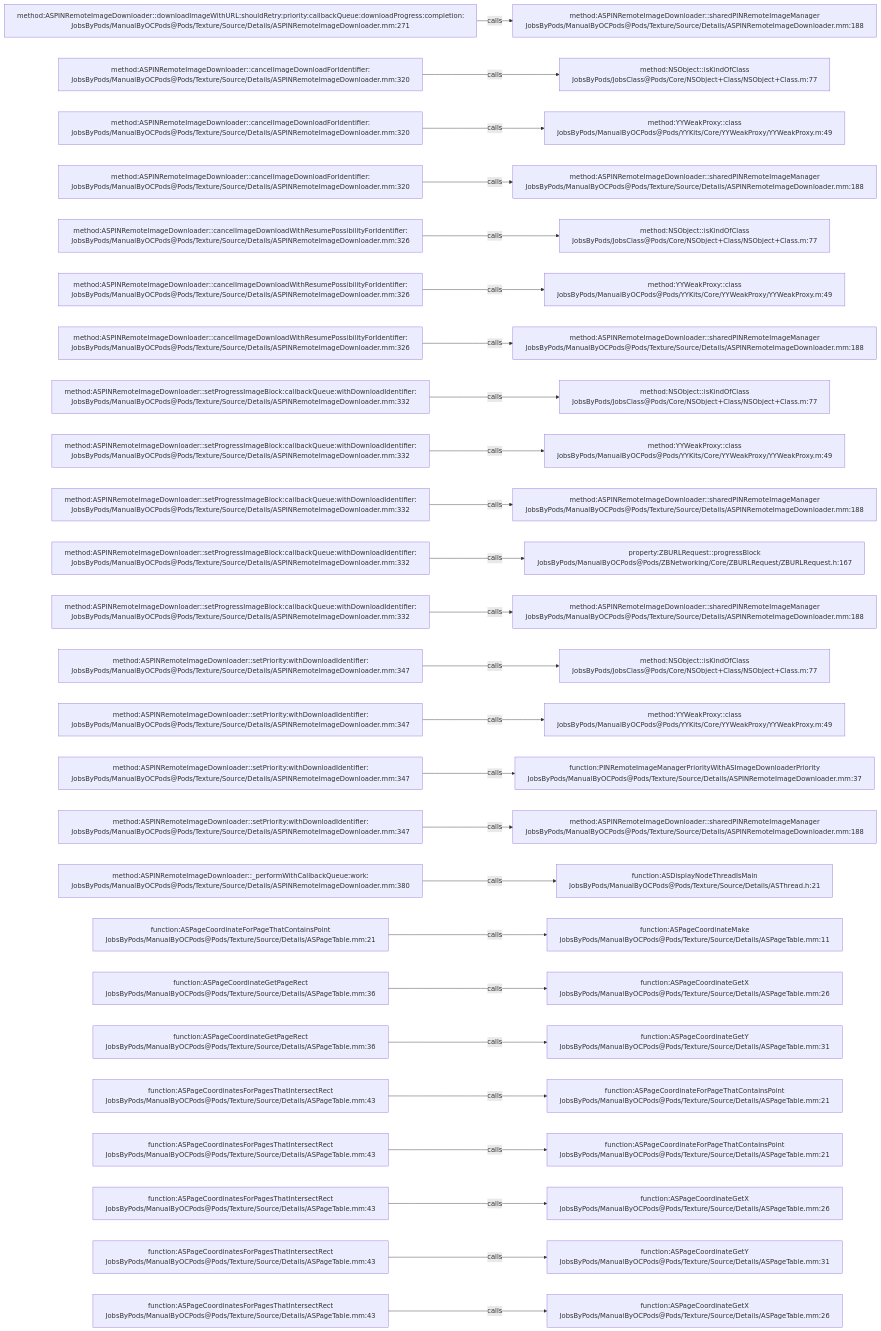
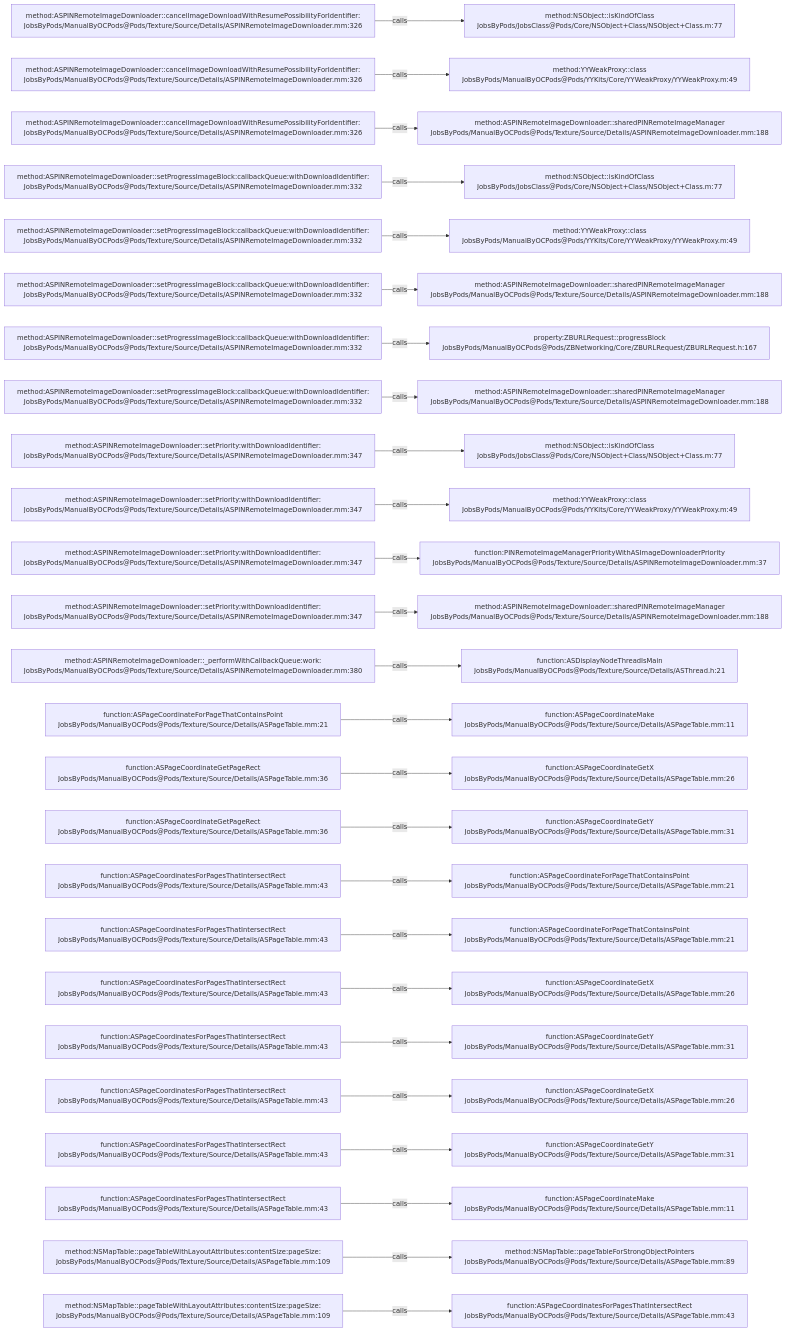
Before and after one commit to JobsKits/JobsOCBaseConfigDemo: the diagram in .codegraph/codegraph.md/graphs/calls-160.md, drawn with Mermaid. The commit also changed 727 other files, not shown here.

````diff
--- a/.codegraph/codegraph.md/graphs/calls-160.md
+++ b/.codegraph/codegraph.md/graphs/calls-160.md
@@ -13,78 +13,78 @@
 ```mermaid
 flowchart LR
-  S1["method:ASPINRemoteImageDownloader::downloadImageWithURL:shouldRetry:priority:callbackQueue:downloadProgress:completion:<br/>JobsByPods/ManualByOCPods@Pods/Texture/Source/Details/ASPINRemoteImageDownloader.mm:271"]
-  T1["method:ASPINRemoteImageDownloader::sharedPINRemoteImageManager<br/>JobsByPods/ManualByOCPods@Pods/Texture/Source/Details/ASPINRemoteImageDownloader.mm:188"]
+  S1["method:ASPINRemoteImageDownloader::cancelImageDownloadWithResumePossibilityForIdentifier:<br/>JobsByPods/ManualByOCPods@Pods/Texture/Source/Details/ASPINRemoteImageDownloader.mm:326"]
+  T1["method:NSObject::isKindOfClass<br/>JobsByPods/JobsClass@Pods/Core/NSObject+Class/NSObject+Class.m:77"]
   S1 -->|calls| T1
-  S2["method:ASPINRemoteImageDownloader::cancelImageDownloadForIdentifier:<br/>JobsByPods/ManualByOCPods@Pods/Texture/Source/Details/ASPINRemoteImageDownloader.mm:320"]
-  T2["method:NSObject::isKindOfClass<br/>JobsByPods/JobsClass@Pods/Core/NSObject+Class/NSObject+Class.m:77"]
+  S2["method:ASPINRemoteImageDownloader::cancelImageDownloadWithResumePossibilityForIdentifier:<br/>JobsByPods/ManualByOCPods@Pods/Texture/Source/Details/ASPINRemoteImageDownloader.mm:326"]
+  T2["method:YYWeakProxy::class<br/>JobsByPods/ManualByOCPods@Pods/YYKits/Core/YYWeakProxy/YYWeakProxy.m:49"]
   S2 -->|calls| T2
-  S3["method:ASPINRemoteImageDownloader::cancelImageDownloadForIdentifier:<br/>JobsByPods/ManualByOCPods@Pods/Texture/Source/Details/ASPINRemoteImageDownloader.mm:320"]
-  T3["method:YYWeakProxy::class<br/>JobsByPods/ManualByOCPods@Pods/YYKits/Core/YYWeakProxy/YYWeakProxy.m:49"]
+  S3["method:ASPINRemoteImageDownloader::cancelImageDownloadWithResumePossibilityForIdentifier:<br/>JobsByPods/ManualByOCPods@Pods/Texture/Source/Details/ASPINRemoteImageDownloader.mm:326"]
+  T3["method:ASPINRemoteImageDownloader::sharedPINRemoteImageManager<br/>JobsByPods/ManualByOCPods@Pods/Texture/Source/Details/ASPINRemoteImageDownloader.mm:188"]
   S3 -->|calls| T3
-  S4["method:ASPINRemoteImageDownloader::cancelImageDownloadForIdentifier:<br/>JobsByPods/ManualByOCPods@Pods/Texture/Source/Details/ASPINRemoteImageDownloader.mm:320"]
-  T4["method:ASPINRemoteImageDownloader::sharedPINRemoteImageManager<br/>JobsByPods/ManualByOCPods@Pods/Texture/Source/Details/ASPINRemoteImageDownloader.mm:188"]
+  S4["method:ASPINRemoteImageDownloader::setProgressImageBlock:callbackQueue:withDownloadIdentifier:<br/>JobsByPods/ManualByOCPods@Pods/Texture/Source/Details/ASPINRemoteImageDownloader.mm:332"]
+  T4["method:NSObject::isKindOfClass<br/>JobsByPods/JobsClass@Pods/Core/NSObject+Class/NSObject+Class.m:77"]
   S4 -->|calls| T4
-  S5["method:ASPINRemoteImageDownloader::cancelImageDownloadWithResumePossibilityForIdentifier:<br/>JobsByPods/ManualByOCPods@Pods/Texture/Source/Details/ASPINRemoteImageDownloader.mm:326"]
-  T5["method:NSObject::isKindOfClass<br/>JobsByPods/JobsClass@Pods/Core/NSObject+Class/NSObject+Class.m:77"]
+  S5["method:ASPINRemoteImageDownloader::setProgressImageBlock:callbackQueue:withDownloadIdentifier:<br/>JobsByPods/ManualByOCPods@Pods/Texture/Source/Details/ASPINRemoteImageDownloader.mm:332"]
+  T5["method:YYWeakProxy::class<br/>JobsByPods/ManualByOCPods@Pods/YYKits/Core/YYWeakProxy/YYWeakProxy.m:49"]
   S5 -->|calls| T5
-  S6["method:ASPINRemoteImageDownloader::cancelImageDownloadWithResumePossibilityForIdentifier:<br/>JobsByPods/ManualByOCPods@Pods/Texture/Source/Details/ASPINRemoteImageDownloader.mm:326"]
-  T6["method:YYWeakProxy::class<br/>JobsByPods/ManualByOCPods@Pods/YYKits/Core/YYWeakProxy/YYWeakProxy.m:49"]
+  S6["method:ASPINRemoteImageDownloader::setProgressImageBlock:callbackQueue:withDownloadIdentifier:<br/>JobsByPods/ManualByOCPods@Pods/Texture/Source/Details/ASPINRemoteImageDownloader.mm:332"]
+  T6["method:ASPINRemoteImageDownloader::sharedPINRemoteImageManager<br/>JobsByPods/ManualByOCPods@Pods/Texture/Source/Details/ASPINRemoteImageDownloader.mm:188"]
   S6 -->|calls| T6
-  S7["method:ASPINRemoteImageDownloader::cancelImageDownloadWithResumePossibilityForIdentifier:<br/>JobsByPods/ManualByOCPods@Pods/Texture/Source/Details/ASPINRemoteImageDownloader.mm:326"]
-  T7["method:ASPINRemoteImageDownloader::sharedPINRemoteImageManager<br/>JobsByPods/ManualByOCPods@Pods/Texture/Source/Details/ASPINRemoteImageDownloader.mm:188"]
+  S7["method:ASPINRemoteImageDownloader::setProgressImageBlock:callbackQueue:withDownloadIdentifier:<br/>JobsByPods/ManualByOCPods@Pods/Texture/Source/Details/ASPINRemoteImageDownloader.mm:332"]
+  T7["property:ZBURLRequest::progressBlock<br/>JobsByPods/ManualByOCPods@Pods/ZBNetworking/Core/ZBURLRequest/ZBURLRequest.h:167"]
   S7 -->|calls| T7
   S8["method:ASPINRemoteImageDownloader::setProgressImageBlock:callbackQueue:withDownloadIdentifier:<br/>JobsByPods/ManualByOCPods@Pods/Texture/Source/Details/ASPINRemoteImageDownloader.mm:332"]
-  T8["method:NSObject::isKindOfClass<br/>JobsByPods/JobsClass@Pods/Core/NSObject+Class/NSObject+Class.m:77"]
+  T8["method:ASPINRemoteImageDownloader::sharedPINRemoteImageManager<br/>JobsByPods/ManualByOCPods@Pods/Texture/Source/Details/ASPINRemoteImageDownloader.mm:188"]
   S8 -->|calls| T8
-  S9["method:ASPINRemoteImageDownloader::setProgressImageBlock:callbackQueue:withDownloadIdentifier:<br/>JobsByPods/ManualByOCPods@Pods/Texture/Source/Details/ASPINRemoteImageDownloader.mm:332"]
-  T9["method:YYWeakProxy::class<br/>JobsByPods/ManualByOCPods@Pods/YYKits/Core/YYWeakProxy/YYWeakProxy.m:49"]
+  S9["method:ASPINRemoteImageDownloader::setPriority:withDownloadIdentifier:<br/>JobsByPods/ManualByOCPods@Pods/Texture/Source/Details/ASPINRemoteImageDownloader.mm:347"]
+  T9["method:NSObject::isKindOfClass<br/>JobsByPods/JobsClass@Pods/Core/NSObject+Class/NSObject+Class.m:77"]
   S9 -->|calls| T9
-  S10["method:ASPINRemoteImageDownloader::setProgressImageBlock:callbackQueue:withDownloadIdentifier:<br/>JobsByPods/ManualByOCPods@Pods/Texture/Source/Details/ASPINRemoteImageDownloader.mm:332"]
-  T10["method:ASPINRemoteImageDownloader::sharedPINRemoteImageManager<br/>JobsByPods/ManualByOCPods@Pods/Texture/Source/Details/ASPINRemoteImageDownloader.mm:188"]
+  S10["method:ASPINRemoteImageDownloader::setPriority:withDownloadIdentifier:<br/>JobsByPods/ManualByOCPods@Pods/Texture/Source/Details/ASPINRemoteImageDownloader.mm:347"]
+  T10["method:YYWeakProxy::class<br/>JobsByPods/ManualByOCPods@Pods/YYKits/Core/YYWeakProxy/YYWeakProxy.m:49"]
   S10 -->|calls| T10
-  S11["method:ASPINRemoteImageDownloader::setProgressImageBlock:callbackQueue:withDownloadIdentifier:<br/>JobsByPods/ManualByOCPods@Pods/Texture/Source/Details/ASPINRemoteImageDownloader.mm:332"]
-  T11["property:ZBURLRequest::progressBlock<br/>JobsByPods/ManualByOCPods@Pods/ZBNetworking/Core/ZBURLRequest/ZBURLRequest.h:167"]
+  S11["method:ASPINRemoteImageDownloader::setPriority:withDownloadIdentifier:<br/>JobsByPods/ManualByOCPods@Pods/Texture/Source/Details/ASPINRemoteImageDownloader.mm:347"]
+  T11["function:PINRemoteImageManagerPriorityWithASImageDownloaderPriority<br/>JobsByPods/ManualByOCPods@Pods/Texture/Source/Details/ASPINRemoteImageDownloader.mm:37"]
   S11 -->|calls| T11
-  S12["method:ASPINRemoteImageDownloader::setProgressImageBlock:callbackQueue:withDownloadIdentifier:<br/>JobsByPods/ManualByOCPods@Pods/Texture/Source/Details/ASPINRemoteImageDownloader.mm:332"]
+  S12["method:ASPINRemoteImageDownloader::setPriority:withDownloadIdentifier:<br/>JobsByPods/ManualByOCPods@Pods/Texture/Source/Details/ASPINRemoteImageDownloader.mm:347"]
   T12["method:ASPINRemoteImageDownloader::sharedPINRemoteImageManager<br/>JobsByPods/ManualByOCPods@Pods/Texture/Source/Details/ASPINRemoteImageDownloader.mm:188"]
   S12 -->|calls| T12
-  S13["method:ASPINRemoteImageDownloader::setPriority:withDownloadIdentifier:<br/>JobsByPods/ManualByOCPods@Pods/Texture/Source/Details/ASPINRemoteImageDownloader.mm:347"]
-  T13["method:NSObject::isKindOfClass<br/>JobsByPods/JobsClass@Pods/Core/NSObject+Class/NSObject+Class.m:77"]
+  S13["method:ASPINRemoteImageDownloader::_performWithCallbackQueue:work:<br/>JobsByPods/ManualByOCPods@Pods/Texture/Source/Details/ASPINRemoteImageDownloader.mm:380"]
+  T13["function:ASDisplayNodeThreadIsMain<br/>JobsByPods/ManualByOCPods@Pods/Texture/Source/Details/ASThread.h:21"]
   S13 -->|calls| T13
-  S14["method:ASPINRemoteImageDownloader::setPriority:withDownloadIdentifier:<br/>JobsByPods/ManualByOCPods@Pods/Texture/Source/Details/ASPINRemoteImageDownloader.mm:347"]
-  T14["method:YYWeakProxy::class<br/>JobsByPods/ManualByOCPods@Pods/YYKits/Core/YYWeakProxy/YYWeakProxy.m:49"]
+  S14["function:ASPageCoordinateForPageThatContainsPoint<br/>JobsByPods/ManualByOCPods@Pods/Texture/Source/Details/ASPageTable.mm:21"]
+  T14["function:ASPageCoordinateMake<br/>JobsByPods/ManualByOCPods@Pods/Texture/Source/Details/ASPageTable.mm:11"]
   S14 -->|calls| T14
-  S15["method:ASPINRemoteImageDownloader::setPriority:withDownloadIdentifier:<br/>JobsByPods/ManualByOCPods@Pods/Texture/Source/Details/ASPINRemoteImageDownloader.mm:347"]
-  T15["function:PINRemoteImageManagerPriorityWithASImageDownloaderPriority<br/>JobsByPods/ManualByOCPods@Pods/Texture/Source/Details/ASPINRemoteImageDownloader.mm:37"]
+  S15["function:ASPageCoordinateGetPageRect<br/>JobsByPods/ManualByOCPods@Pods/Texture/Source/Details/ASPageTable.mm:36"]
+  T15["function:ASPageCoordinateGetX<br/>JobsByPods/ManualByOCPods@Pods/Texture/Source/Details/ASPageTable.mm:26"]
   S15 -->|calls| T15
-  S16["method:ASPINRemoteImageDownloader::setPriority:withDownloadIdentifier:<br/>JobsByPods/ManualByOCPods@Pods/Texture/Source/Details/ASPINRemoteImageDownloader.mm:347"]
-  T16["method:ASPINRemoteImageDownloader::sharedPINRemoteImageManager<br/>JobsByPods/ManualByOCPods@Pods/Texture/Source/Details/ASPINRemoteImageDownloader.mm:188"]
+  S16["function:ASPageCoordinateGetPageRect<br/>JobsByPods/ManualByOCPods@Pods/Texture/Source/Details/ASPageTable.mm:36"]
+  T16["function:ASPageCoordinateGetY<br/>JobsByPods/ManualByOCPods@Pods/Texture/Source/Details/ASPageTable.mm:31"]
   S16 -->|calls| T16
-  S17["method:ASPINRemoteImageDownloader::_performWithCallbackQueue:work:<br/>JobsByPods/ManualByOCPods@Pods/Texture/Source/Details/ASPINRemoteImageDownloader.mm:380"]
-  T17["function:ASDisplayNodeThreadIsMain<br/>JobsByPods/ManualByOCPods@Pods/Texture/Source/Details/ASThread.h:21"]
+  S17["function:ASPageCoordinatesForPagesThatIntersectRect<br/>JobsByPods/ManualByOCPods@Pods/Texture/Source/Details/ASPageTable.mm:43"]
+  T17["function:ASPageCoordinateForPageThatContainsPoint<br/>JobsByPods/ManualByOCPods@Pods/Texture/Source/Details/ASPageTable.mm:21"]
   S17 -->|calls| T17
-  S18["function:ASPageCoordinateForPageThatContainsPoint<br/>JobsByPods/ManualByOCPods@Pods/Texture/Source/Details/ASPageTable.mm:21"]
-  T18["function:ASPageCoordinateMake<br/>JobsByPods/ManualByOCPods@Pods/Texture/Source/Details/ASPageTable.mm:11"]
+  S18["function:ASPageCoordinatesForPagesThatIntersectRect<br/>JobsByPods/ManualByOCPods@Pods/Texture/Source/Details/ASPageTable.mm:43"]
+  T18["function:ASPageCoordinateForPageThatContainsPoint<br/>JobsByPods/ManualByOCPods@Pods/Texture/Source/Details/ASPageTable.mm:21"]
   S18 -->|calls| T18
-  S19["function:ASPageCoordinateGetPageRect<br/>JobsByPods/ManualByOCPods@Pods/Texture/Source/Details/ASPageTable.mm:36"]
+  S19["function:ASPageCoordinatesForPagesThatIntersectRect<br/>JobsByPods/ManualByOCPods@Pods/Texture/Source/Details/ASPageTable.mm:43"]
   T19["function:ASPageCoordinateGetX<br/>JobsByPods/ManualByOCPods@Pods/Texture/Source/Details/ASPageTable.mm:26"]
   S19 -->|calls| T19
-  S20["function:ASPageCoordinateGetPageRect<br/>JobsByPods/ManualByOCPods@Pods/Texture/Source/Details/ASPageTable.mm:36"]
+  S20["function:ASPageCoordinatesForPagesThatIntersectRect<br/>JobsByPods/ManualByOCPods@Pods/Texture/Source/Details/ASPageTable.mm:43"]
   T20["function:ASPageCoordinateGetY<br/>JobsByPods/ManualByOCPods@Pods/Texture/Source/Details/ASPageTable.mm:31"]
   S20 -->|calls| T20
   S21["function:ASPageCoordinatesForPagesThatIntersectRect<br/>JobsByPods/ManualByOCPods@Pods/Texture/Source/Details/ASPageTable.mm:43"]
-  T21["function:ASPageCoordinateForPageThatContainsPoint<br/>JobsByPods/ManualByOCPods@Pods/Texture/Source/Details/ASPageTable.mm:21"]
+  T21["function:ASPageCoordinateGetX<br/>JobsByPods/ManualByOCPods@Pods/Texture/Source/Details/ASPageTable.mm:26"]
   S21 -->|calls| T21
   S22["function:ASPageCoordinatesForPagesThatIntersectRect<br/>JobsByPods/ManualByOCPods@Pods/Texture/Source/Details/ASPageTable.mm:43"]
-  T22["function:ASPageCoordinateForPageThatContainsPoint<br/>JobsByPods/ManualByOCPods@Pods/Texture/Source/Details/ASPageTable.mm:21"]
+  T22["function:ASPageCoordinateGetY<br/>JobsByPods/ManualByOCPods@Pods/Texture/Source/Details/ASPageTable.mm:31"]
   S22 -->|calls| T22
   S23["function:ASPageCoordinatesForPagesThatIntersectRect<br/>JobsByPods/ManualByOCPods@Pods/Texture/Source/Details/ASPageTable.mm:43"]
-  T23["function:ASPageCoordinateGetX<br/>JobsByPods/ManualByOCPods@Pods/Texture/Source/Details/ASPageTable.mm:26"]
+  T23["function:ASPageCoordinateMake<br/>JobsByPods/ManualByOCPods@Pods/Texture/Source/Details/ASPageTable.mm:11"]
   S23 -->|calls| T23
-  S24["function:ASPageCoordinatesForPagesThatIntersectRect<br/>JobsByPods/ManualByOCPods@Pods/Texture/Source/Details/ASPageTable.mm:43"]
-  T24["function:ASPageCoordinateGetY<br/>JobsByPods/ManualByOCPods@Pods/Texture/Source/Details/ASPageTable.mm:31"]
+  S24["method:NSMapTable::pageTableWithLayoutAttributes:contentSize:pageSize:<br/>JobsByPods/ManualByOCPods@Pods/Texture/Source/Details/ASPageTable.mm:109"]
+  T24["method:NSMapTable::pageTableForStrongObjectPointers<br/>JobsByPods/ManualByOCPods@Pods/Texture/Source/Details/ASPageTable.mm:89"]
   S24 -->|calls| T24
-  S25["function:ASPageCoordinatesForPagesThatIntersectRect<br/>JobsByPods/ManualByOCPods@Pods/Texture/Source/Details/ASPageTable.mm:43"]
-  T25["function:ASPageCoordinateGetX<br/>JobsByPods/ManualByOCPods@Pods/Texture/Source/Details/ASPageTable.mm:26"]
+  S25["method:NSMapTable::pageTableWithLayoutAttributes:contentSize:pageSize:<br/>JobsByPods/ManualByOCPods@Pods/Texture/Source/Details/ASPageTable.mm:109"]
+  T25["function:ASPageCoordinatesForPagesThatIntersectRect<br/>JobsByPods/ManualByOCPods@Pods/Texture/Source/Details/ASPageTable.mm:43"]
   S25 -->|calls| T25
 ```
````
